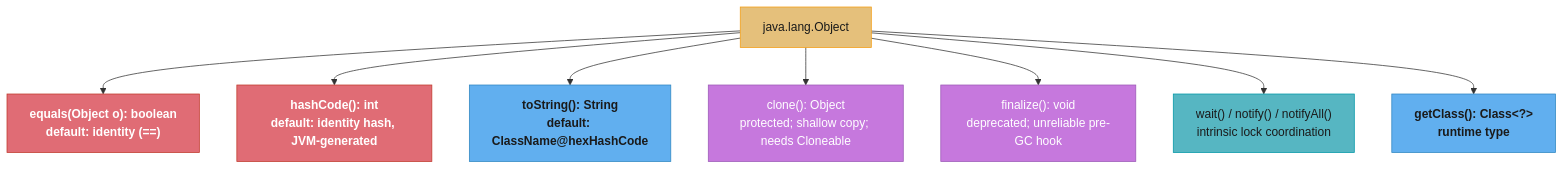
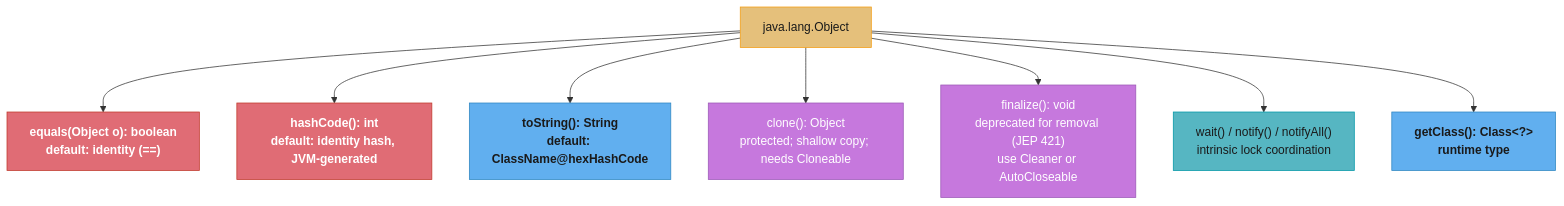
The first of 3 diagrams in src/main/java/com/rutik/systemdesign/java/core_language/README.md (rppol/system-design), drawn with Mermaid before and after one commit. The commit also changed other lines of this file and 17 other files, not shown here.

````diff
--- a/src/main/java/com/rutik/systemdesign/java/core_language/README.md
+++ b/src/main/java/com/rutik/systemdesign/java/core_language/README.md
@@ -86,24 +86,24 @@
 ```mermaid
 flowchart TD
     classDef io      fill:#61afef,stroke:#2e86c1,color:#1a1a1a,font-weight:bold
     classDef frozen  fill:#c678dd,stroke:#9b59b6,color:#fff
     classDef train   fill:#98c379,stroke:#27ae60,color:#1a1a1a
     classDef mathOp  fill:#d19a66,stroke:#e67e22,color:#1a1a1a,font-weight:bold
     classDef lossN   fill:#e06c75,stroke:#c0392b,color:#fff,font-weight:bold
     classDef req     fill:#56b6c2,stroke:#0097a7,color:#1a1a1a
     classDef base    fill:#e5c07b,stroke:#f39c12,color:#1a1a1a
 
     OBJ["java.lang.Object"] --> EQ["equals(Object o): boolean\ndefault: identity (==)"]
     OBJ --> HC["hashCode(): int\ndefault: identity hash, JVM-generated"]
     OBJ --> TS["toString(): String\ndefault: ClassName@hexHashCode"]
     OBJ --> CL["clone(): Object\nprotected; shallow copy; needs Cloneable"]
-    OBJ --> FI["finalize(): void\ndeprecated; unreliable pre-GC hook"]
+    OBJ --> FI["finalize(): void\ndeprecated for removal (JEP 421)\nuse Cleaner or AutoCloseable"]
     OBJ --> WN["wait() / notify() / notifyAll()\nintrinsic lock coordination"]
     OBJ --> GC["getClass(): Class&lt;?&gt;\nruntime type"]
 
     class OBJ base
     class EQ,HC lossN
     class TS,GC io
     class CL,FI frozen
     class WN req
 ```
````
